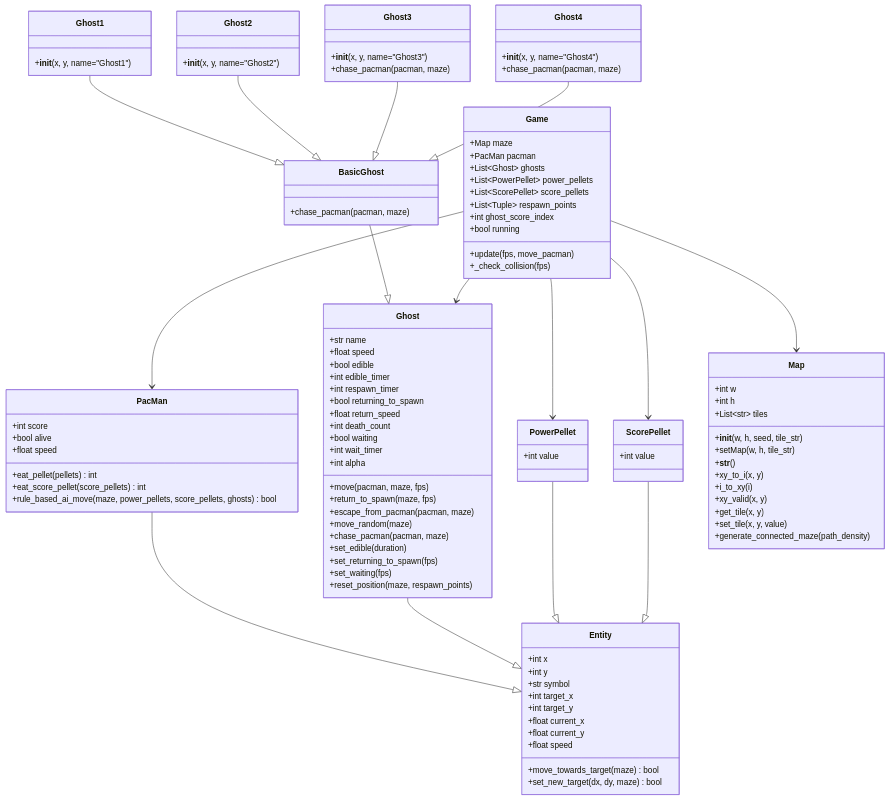
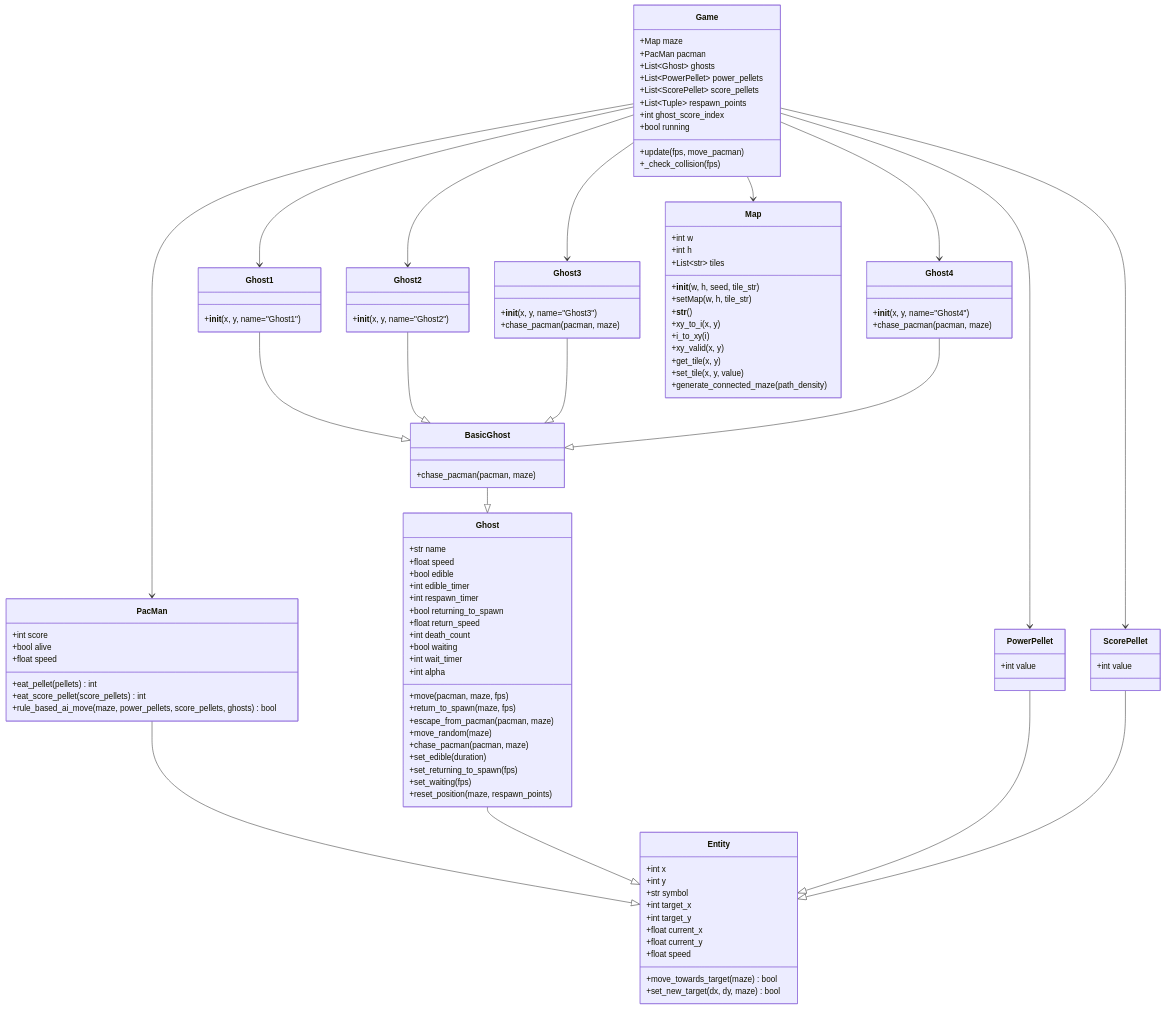
Before and after one commit to jui-pixel/oop-2025-proj-pacman: the diagram in classdiagram.md, drawn with Mermaid.

````diff
--- a/classdiagram.md
+++ b/classdiagram.md
@@ -114,7 +114,10 @@
 
     Game --> Map
     Game --> PacMan
-    Game --> Ghost
+    Game --> Ghost1
+    Game --> Ghost2
+    Game --> Ghost3
+    Game --> Ghost4
     Game --> PowerPellet
     Game --> ScorePellet
 ```
````
